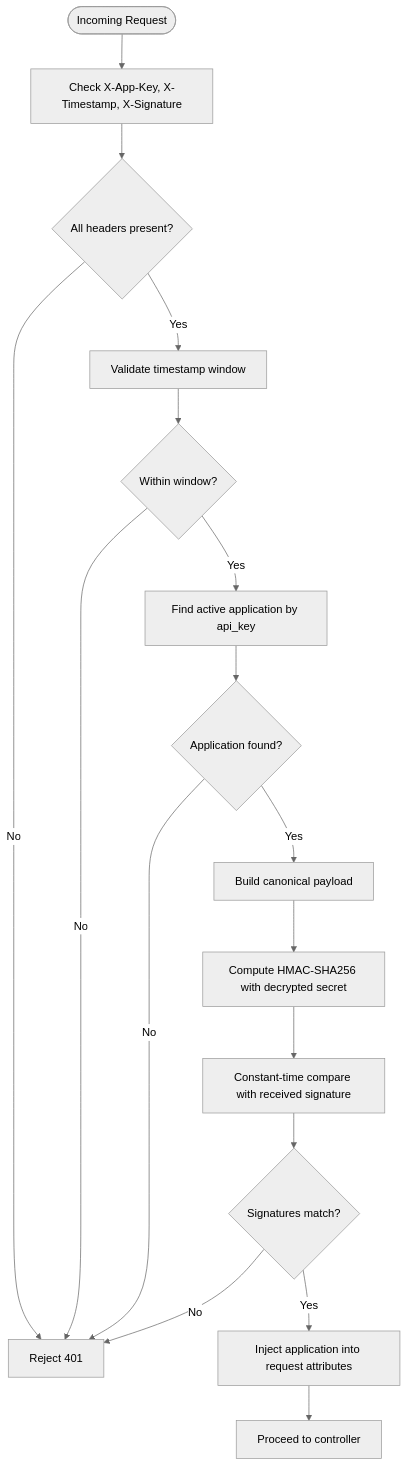
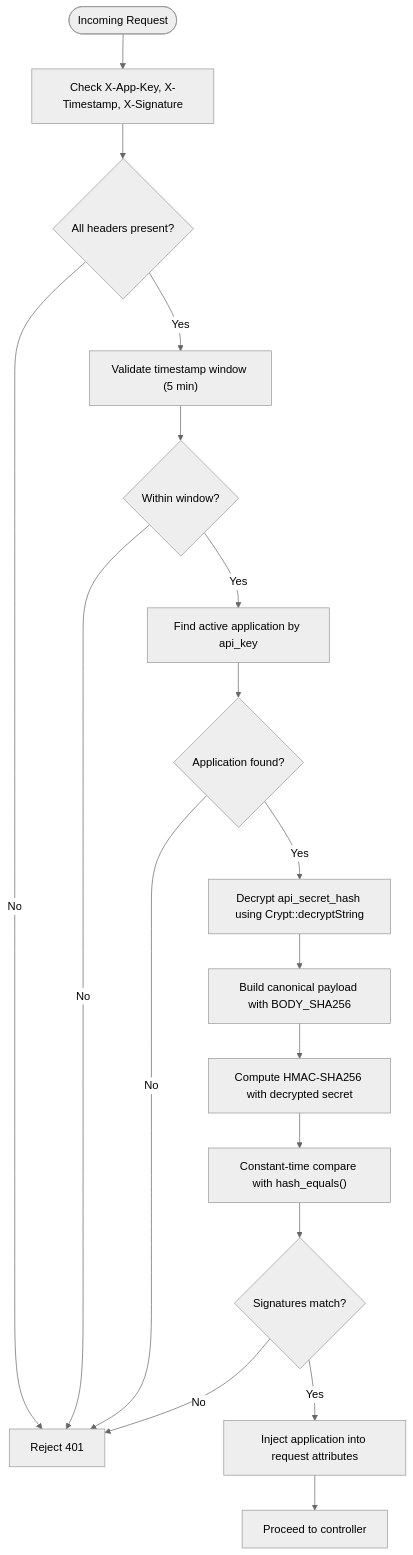
One commit to PA-Penajam/kepegawaian_apps changed the seventh of 9 diagrams in .qoder/repowiki/en/content/Identity and Access Management (IAM)/Identity and Access Management (IAM).md. Above: the diagram before and after it, drawn with Mermaid (neutral theme). The commit also changed other lines of this file and 22 other files, not shown here.

````diff
--- a/.qoder/repowiki/en/content/Identity and Access Management (IAM)/Identity and Access Management (IAM).md
+++ b/.qoder/repowiki/en/content/Identity and Access Management (IAM)/Identity and Access Management (IAM).md
@@ -353,19 +386,20 @@
 ```mermaid
 flowchart TD
 Start(["Incoming Request"]) --> CheckHeaders["Check X-App-Key, X-Timestamp, X-Signature"]
 CheckHeaders --> HeadersOK{"All headers present?"}
 HeadersOK --> |No| Reject401["Reject 401"]
-HeadersOK --> |Yes| CheckTTL["Validate timestamp window"]
+HeadersOK --> |Yes| CheckTTL["Validate timestamp window (5 min)"]
 CheckTTL --> TTLValid{"Within window?"}
 TTLValid --> |No| Reject401
 TTLValid --> |Yes| FindApp["Find active application by api_key"]
 FindApp --> AppFound{"Application found?"}
 AppFound --> |No| Reject401
-AppFound --> |Yes| BuildPayload["Build canonical payload"]
+AppFound --> |Yes| DecryptSecret["Decrypt api_secret_hash using Crypt::decryptString"]
+DecryptSecret --> BuildPayload["Build canonical payload with BODY_SHA256"]
 BuildPayload --> ComputeHMAC["Compute HMAC-SHA256 with decrypted secret"]
-ComputeHMAC --> Compare["Constant-time compare with received signature"]
+ComputeHMAC --> Compare["Constant-time compare with hash_equals()"]
 Compare --> Match{"Signatures match?"}
 Match --> |No| Reject401
 Match --> |Yes| InjectApp["Inject application into request attributes"]
 InjectApp --> Next["Proceed to controller"]
 ```
````
